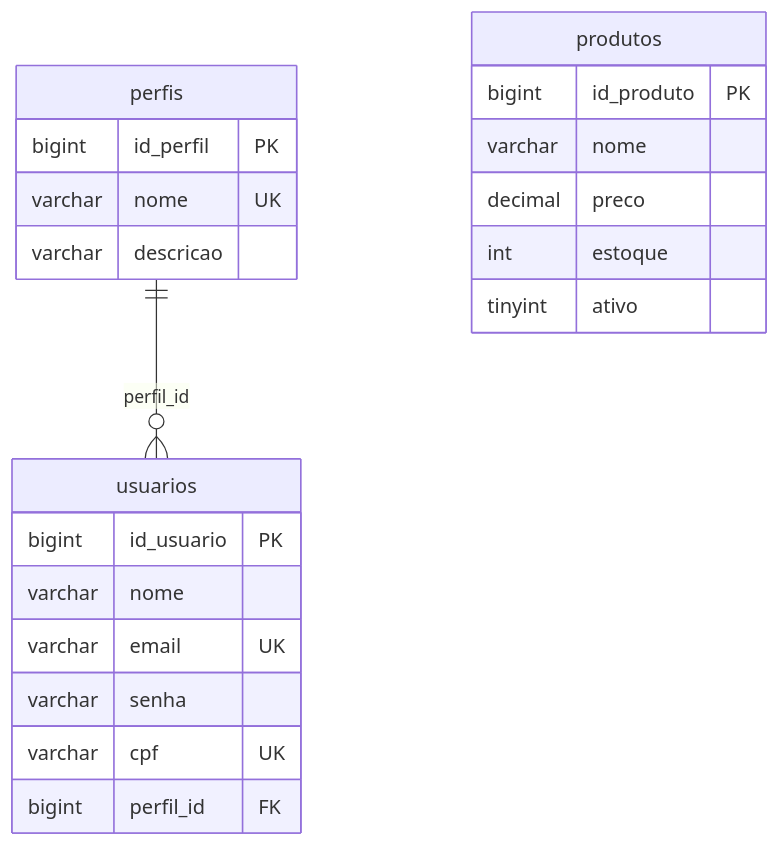
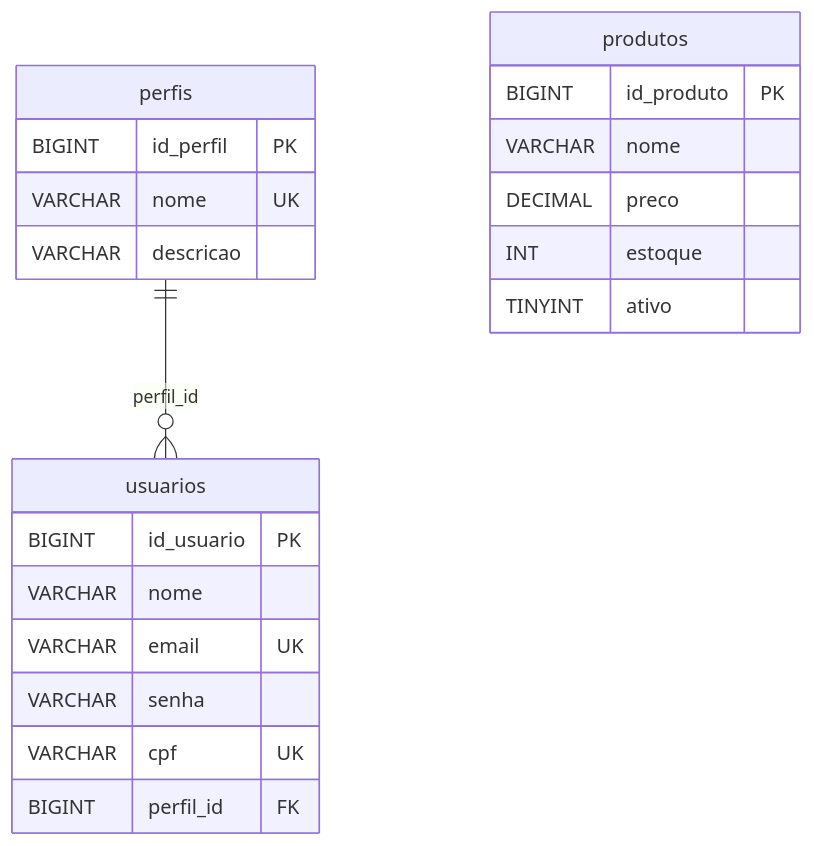
Before and after one commit to GTI-Fatec-Jahu/PI-GTI-2026-2: the diagram in docs/capitulos/Capitulo_11_Projeto_Novo_e_Banco.md, drawn with Mermaid. The commit also changed 47 other files, not shown here.

````diff
--- a/docs/capitulos/Capitulo_11_Projeto_Novo_e_Banco.md
+++ b/docs/capitulos/Capitulo_11_Projeto_Novo_e_Banco.md
@@ -169,24 +169,24 @@
 ```mermaid
 erDiagram
     perfis ||--o{ usuarios : "perfil_id"
     perfis {
-        bigint id_perfil PK
-        varchar nome UK
-        varchar descricao
+        BIGINT id_perfil PK
+        VARCHAR nome UK
+        VARCHAR descricao
     }
     usuarios {
-        bigint id_usuario PK
-        varchar nome
-        varchar email UK
-        varchar senha
-        varchar cpf UK
-        bigint perfil_id FK
+        BIGINT id_usuario PK
+        VARCHAR nome
+        VARCHAR email UK
+        VARCHAR senha
+        VARCHAR cpf UK
+        BIGINT perfil_id FK
     }
     produtos {
-        bigint id_produto PK
-        varchar nome
-        decimal preco
-        int estoque
-        tinyint ativo
+        BIGINT id_produto PK
+        VARCHAR nome
+        DECIMAL preco
+        INT estoque
+        TINYINT ativo
     }
 ```
````
